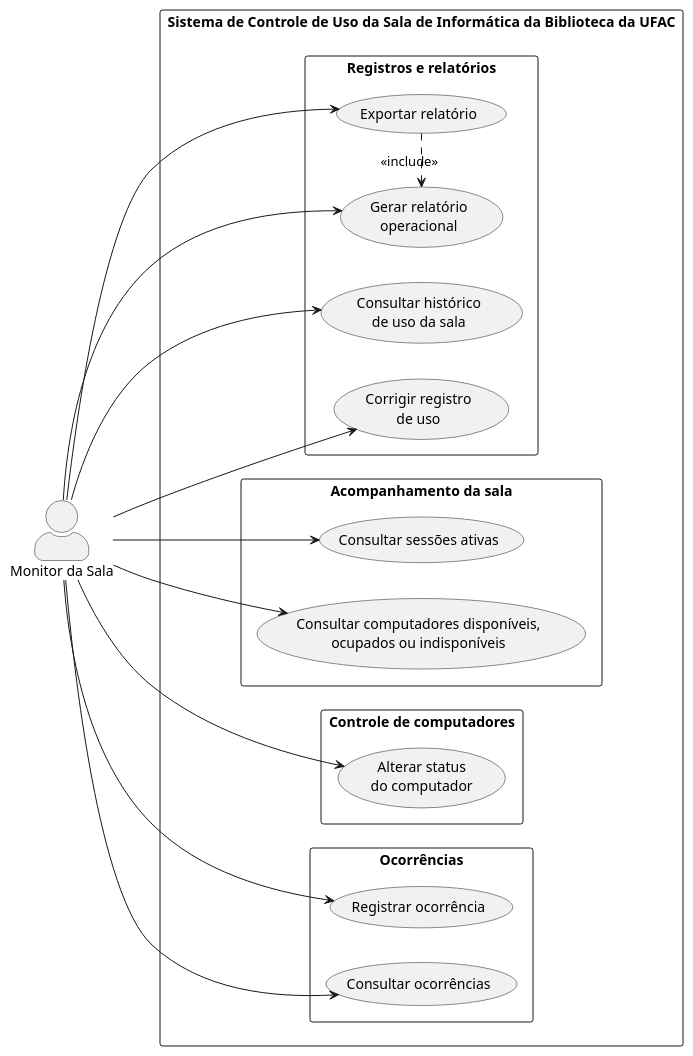
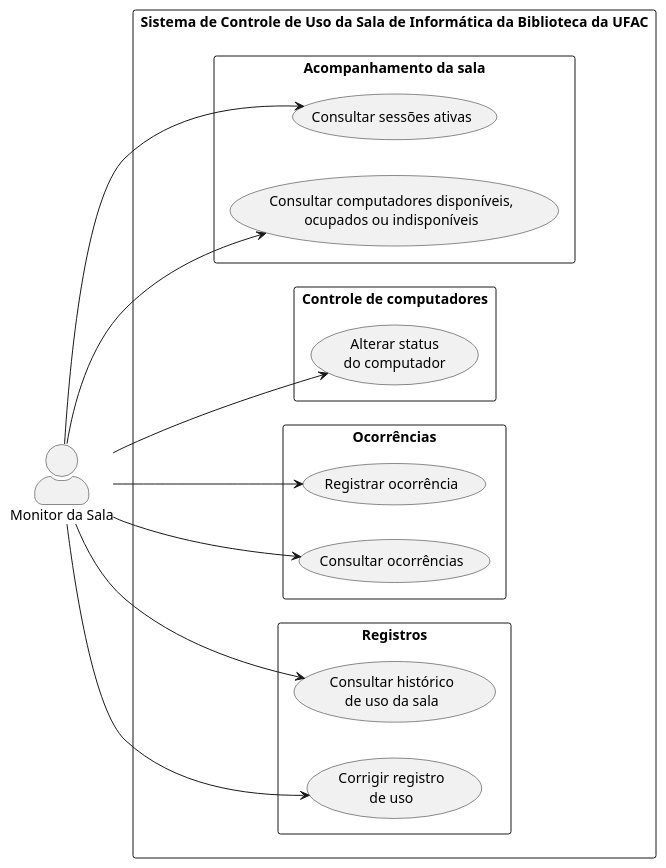
The diagram in docs/diagrams/casos-de-uso/monitor-da-sala.puml (MarcosVini753/estagio), drawn with PlantUML before and after one commit. The commit also changed 22 other files, not shown here.

```diff
--- a/docs/diagrams/casos-de-uso/monitor-da-sala.puml
+++ b/docs/diagrams/casos-de-uso/monitor-da-sala.puml
@@ -1,45 +1,38 @@
 @startuml
 left to right direction
 
 skinparam packageStyle rectangle
 skinparam actorStyle awesome
 
 actor "Monitor da Sala" as Monitor
 
 rectangle "Sistema de Controle de Uso da Sala de Informática da Biblioteca da UFAC" {
 
   package "Acompanhamento da sala" {
     usecase "Consultar sessões ativas" as UC01
     usecase "Consultar computadores disponíveis,\nocupados ou indisponíveis" as UC02
   }
 
   package "Controle de computadores" {
     usecase "Alterar status\ndo computador" as UC03
   }
 
   package "Ocorrências" {
     usecase "Registrar ocorrência" as UC04
     usecase "Consultar ocorrências" as UC05
   }
 
-  package "Registros e relatórios" {
+  package "Registros" {
     usecase "Consultar histórico\nde uso da sala" as UC06
     usecase "Corrigir registro\nde uso" as UC07
-    usecase "Gerar relatório\noperacional" as UC08
-    usecase "Exportar relatório" as UC09
   }
 }
 
 Monitor --> UC01
 Monitor --> UC02
 Monitor --> UC03
 Monitor --> UC04
 Monitor --> UC05
 Monitor --> UC06
 Monitor --> UC07
-Monitor --> UC08
-Monitor --> UC09
-
-UC09 .> UC08 : <<include>>
-
 @enduml
```
